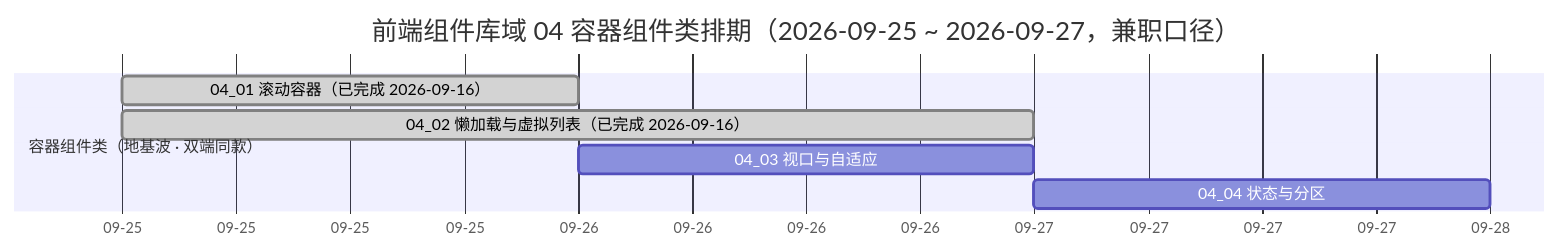
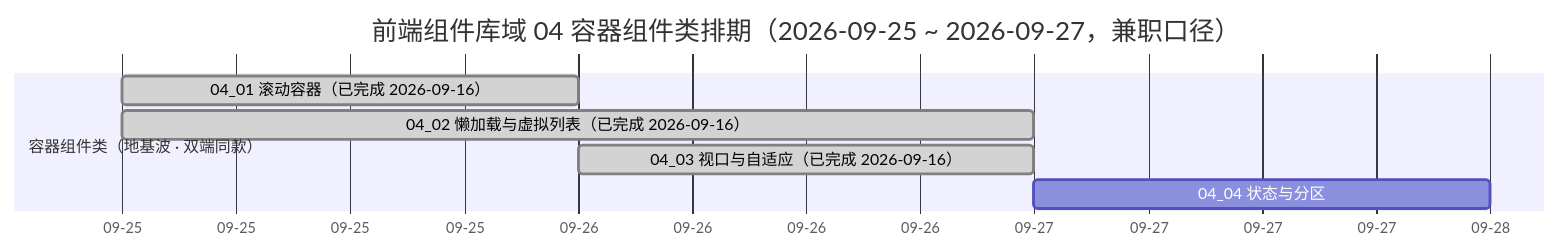
Before and after one commit to minjian123/basic-management-system: the diagram in bms文档/项目/04_前端组件库/计划/01_计划_前端组件库.md, drawn with Mermaid. The commit also changed other lines of this file and 15 other files, not shown here.

````diff
--- a/bms文档/项目/04_前端组件库/计划/01_计划_前端组件库.md
+++ b/bms文档/项目/04_前端组件库/计划/01_计划_前端组件库.md
@@ -97,11 +97,11 @@
 ```mermaid
 gantt
     title 前端组件库域 04 容器组件类排期（2026-09-25 ~ 2026-09-27，兼职口径）
     dateFormat  YYYY-MM-DD
     axisFormat %m-%d
     section 容器组件类（地基波 · 双端同款）
     04_01 滚动容器（已完成 2026-09-16） :done, t0401, 2026-09-25, 1d
     04_02 懒加载与虚拟列表（已完成 2026-09-16） :done, t0402, 2026-09-25, 2d
-    04_03 视口与自适应 :t0403, 2026-09-26, 1d
+    04_03 视口与自适应（已完成 2026-09-16） :done, t0403, 2026-09-26, 1d
     04_04 状态与分区 :t0404, 2026-09-27, 1d
 ```
````
